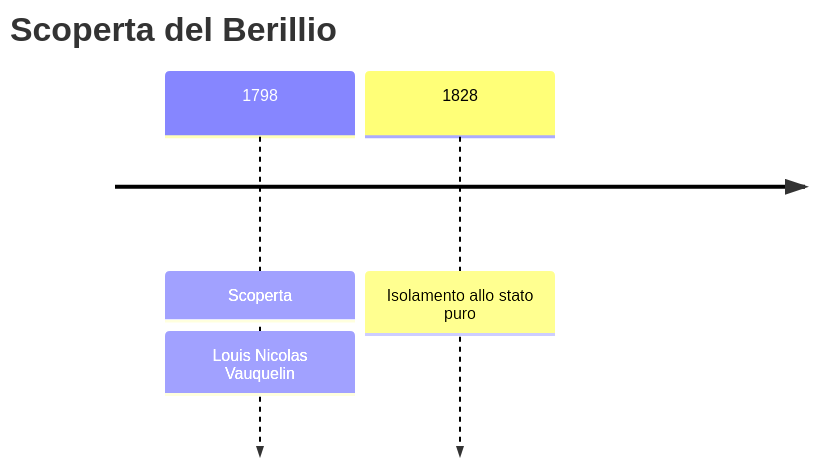
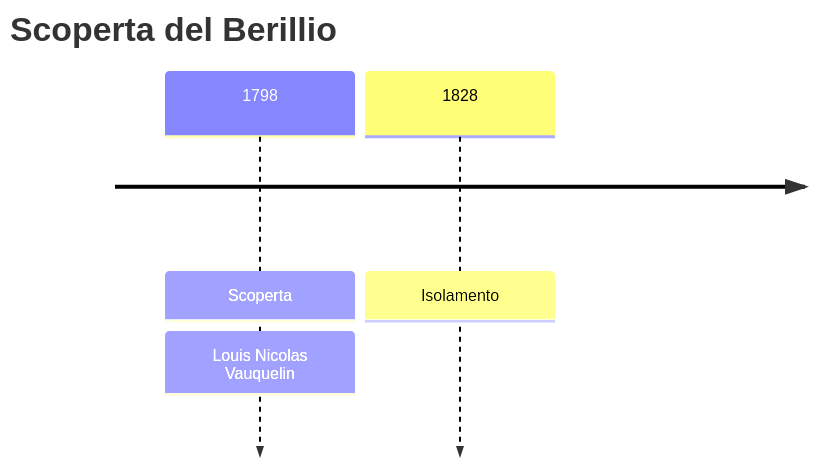
The first of 3 diagrams in vault/Elementi/Berillio.md (gianlucaciarcelluti/elements-caos), drawn with Mermaid before and after one commit. The commit also changed 56 other files, not shown here.

````diff
--- a/vault/Elementi/Berillio.md
+++ b/vault/Elementi/Berillio.md
@@ -28,6 +28,6 @@
 ```mermaid
 timeline
     title Scoperta del Berillio
     1798 : Scoperta : Louis Nicolas Vauquelin
-    1828 : Isolamento allo stato puro
+    1828 : Isolamento
 ```
````
